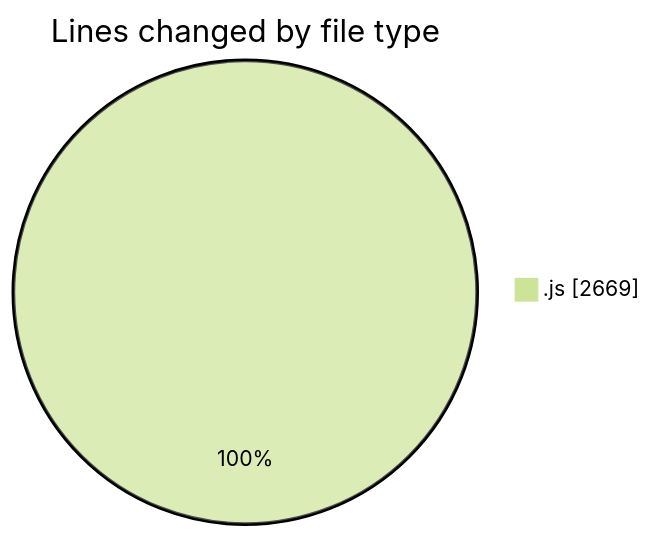
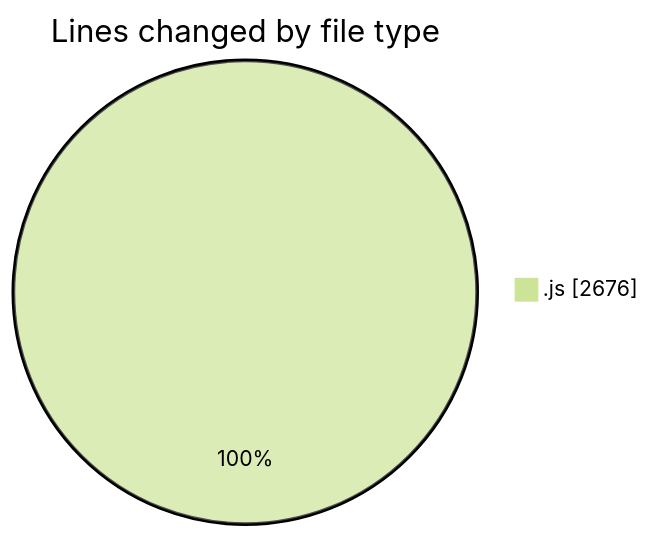
One commit to nxtqubesakshisongat/code-tracking changed the first of 2 diagrams in 2025-09-02/nxtqube_webapp/README.md. Above: the diagram before and after it, drawn with Mermaid (forest theme). The commit also changed other lines of this file and 1 other file, not shown here.

````diff
--- a/2025-09-02/nxtqube_webapp/README.md
+++ b/2025-09-02/nxtqube_webapp/README.md
@@ -20,5 +20,5 @@
 ```mermaid
 pie showData
 title Lines changed by file type
-".js" : 2669
+".js" : 2676
 ```
````
